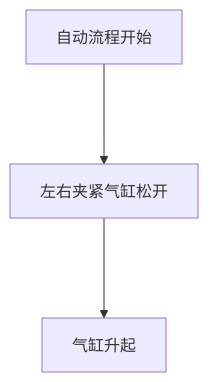
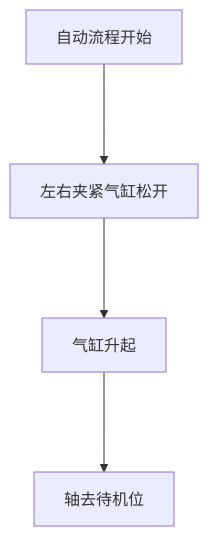
The diagram in all/OP70工位3左载具搬运.md (zmq000/iodraw-files), drawn with Mermaid before and after one commit.

Commit message:
2026-06-17 16:16:39 update

````diff
--- a/all/OP70工位3左载具搬运.md
+++ b/all/OP70工位3左载具搬运.md
@@ -1,6 +1,7 @@
 ```mermaid
 graph TD
   自动流程开始--->10
   10[左右夹紧气缸松开]--->20
-  20[气缸升起]
+  20[气缸升起]--->30
+  30[轴去待机位]
 ```
````
